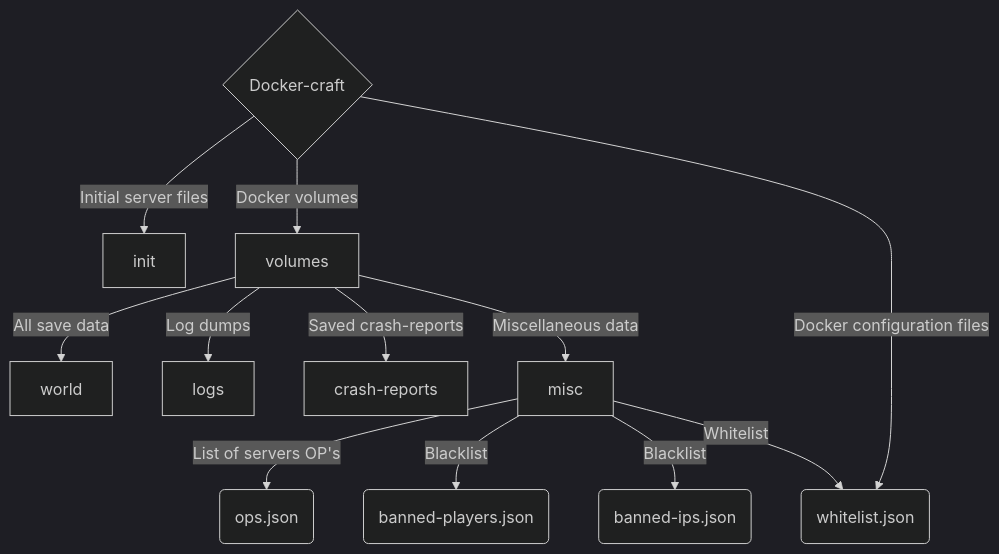
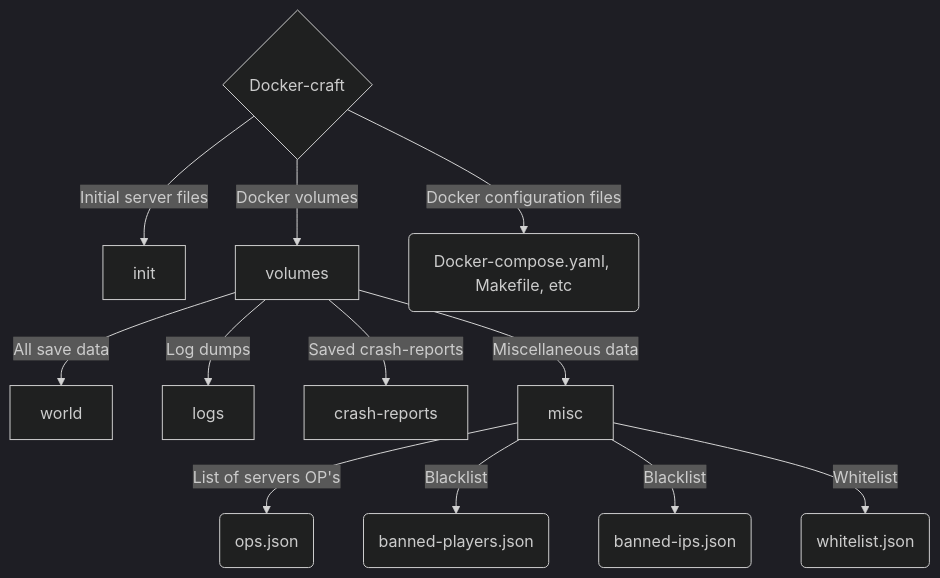
Before and after one commit to Molniyax/docker_craft: the diagram in README.md, drawn with Mermaid (dark theme).

````diff
--- a/README.md
+++ b/README.md
@@ -129,14 +129,14 @@
 ```mermaid
 graph TD;
 	A{Docker-craft}-->|Initial server files| init;
 	A{Docker-craft}-->|Docker volumes| volumes;
 	A{Docker-craft}-->|Docker configuration files| E(Docker-compose.yaml, Makefile, etc)
 	volumes-->|All save data| world;
 	volumes-->|Log dumps| logs;
 	volumes-->|Saved crash-reports| crash-reports;
 	volumes-->|Miscellaneous data| misc;
 	misc-->|List of servers OP's| B(ops.json);
 	misc-->|Blacklist| C(banned-players.json);
 	misc-->|Blacklist| D(banned-ips.json);
-	misc-->|Whitelist| E(whitelist.json);
+	misc-->|Whitelist| F(whitelist.json);
 ```
````
